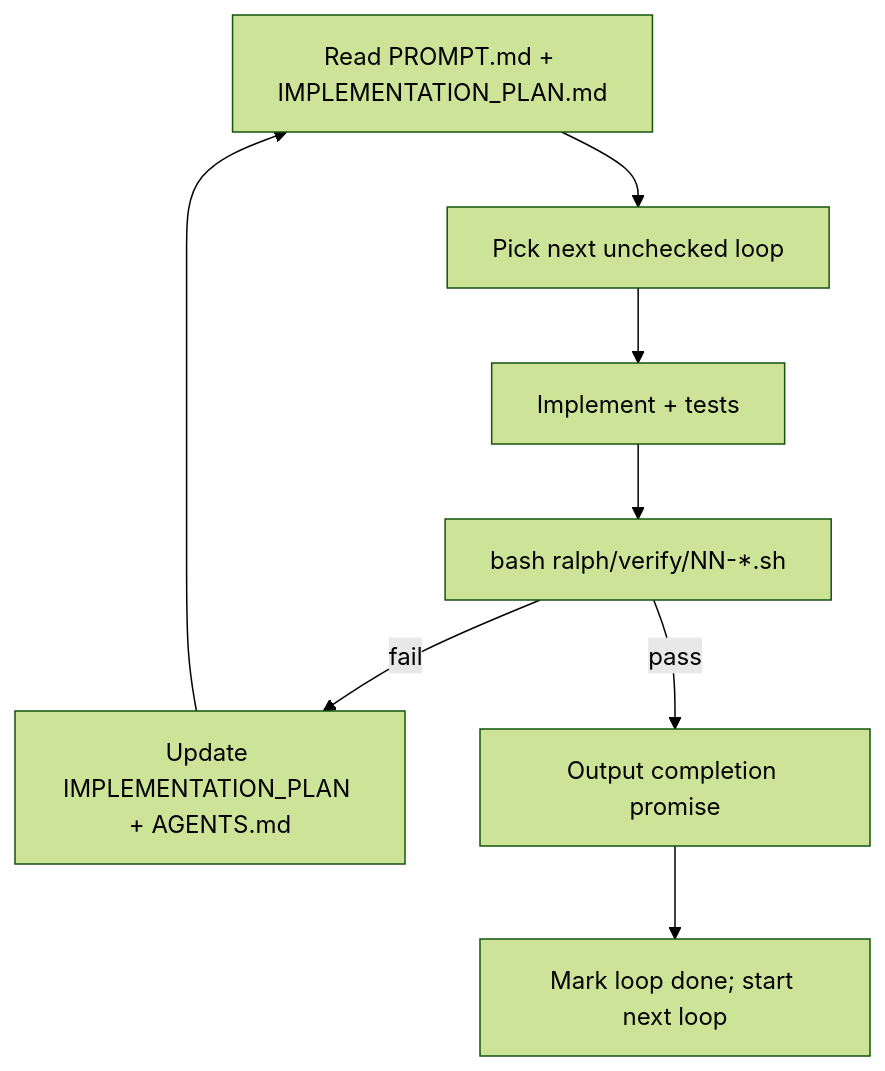
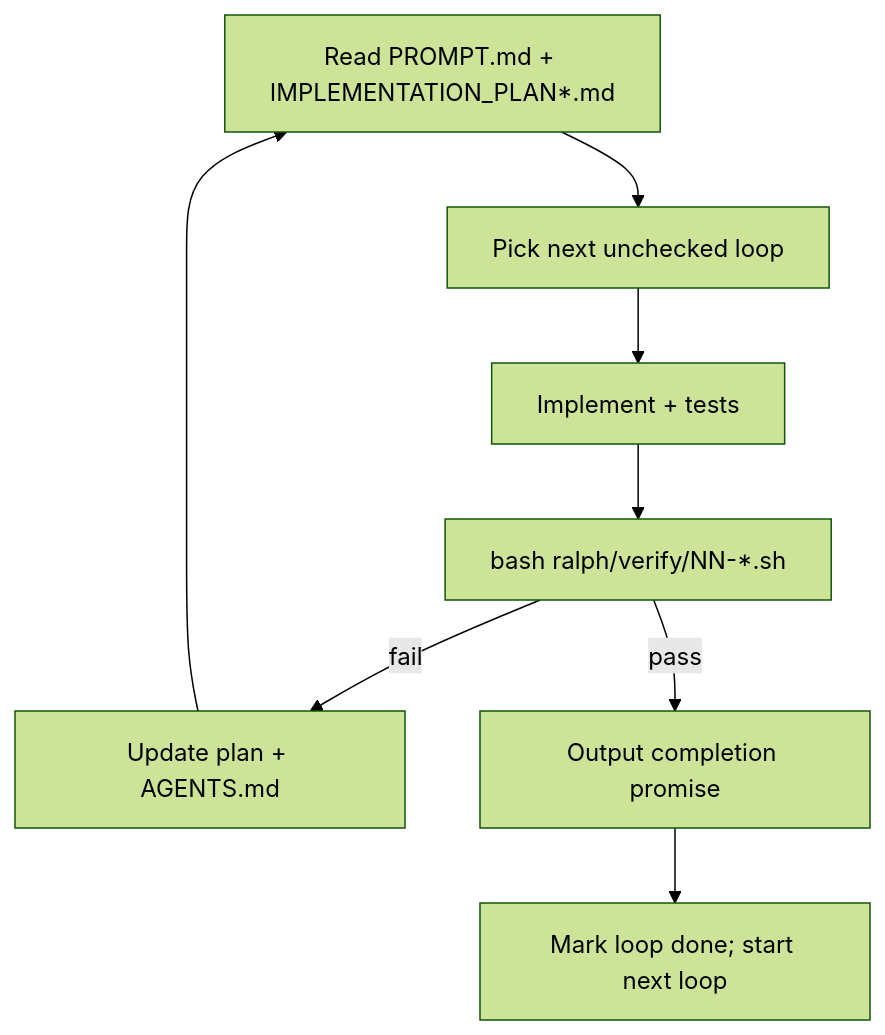
The diagram in ralph/README.md (fudgel/SonosStreamDeckPlugin), drawn with Mermaid (forest theme) before and after one commit. The commit also changed other lines of this file and 35 other files, not shown here.

````diff
--- a/ralph/README.md
+++ b/ralph/README.md
@@ -34,10 +50,10 @@
 ```mermaid
 flowchart TD
-  Start[Read PROMPT.md + IMPLEMENTATION_PLAN.md] --> Pick[Pick next unchecked loop]
+  Start[Read PROMPT.md + IMPLEMENTATION_PLAN*.md] --> Pick[Pick next unchecked loop]
   Pick --> Implement[Implement + tests]
   Implement --> Verify[bash ralph/verify/NN-*.sh]
-  Verify -->|fail| Update[Update IMPLEMENTATION_PLAN + AGENTS.md]
+  Verify -->|fail| Update[Update plan + AGENTS.md]
   Update --> Start
   Verify -->|pass| Promise[Output completion promise]
   Promise --> Next[Mark loop done; start next loop]
 ```
````
